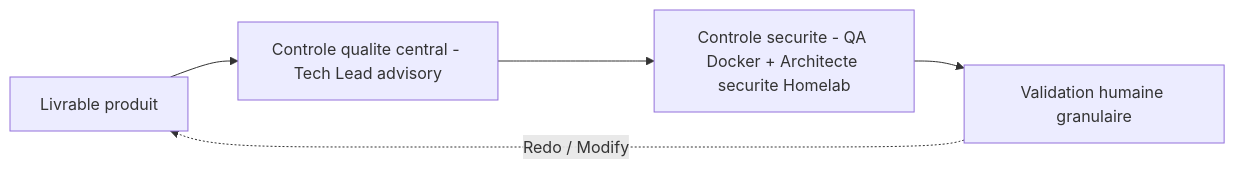
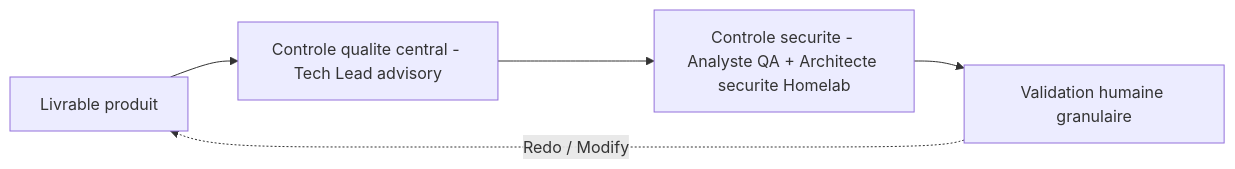
One commit to Gsyltc/homelab-portfolio changed the diagram in homelab/common/protocols/reviewer.md. Above: the diagram before and after it, drawn with Mermaid. The commit also changed other lines of this file and 41 other files, not shown here.

````diff
--- a/homelab/common/protocols/reviewer.md
+++ b/homelab/common/protocols/reviewer.md
@@ -26,7 +26,7 @@
 ```mermaid
 flowchart LR
     L[Livrable produit] --> CQ[Controle qualite central - Tech Lead advisory]
-    CQ --> RS[Controle securite - QA Docker + Architecte securite Homelab]
+    CQ --> RS[Controle securite - Analyste QA + Architecte securite Homelab]
     RS --> VH[Validation humaine granulaire]
     VH -.->|Redo / Modify| L
 ```
````
